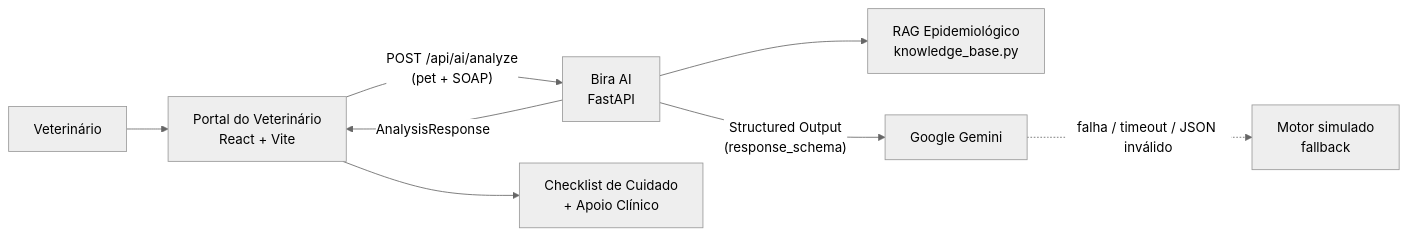
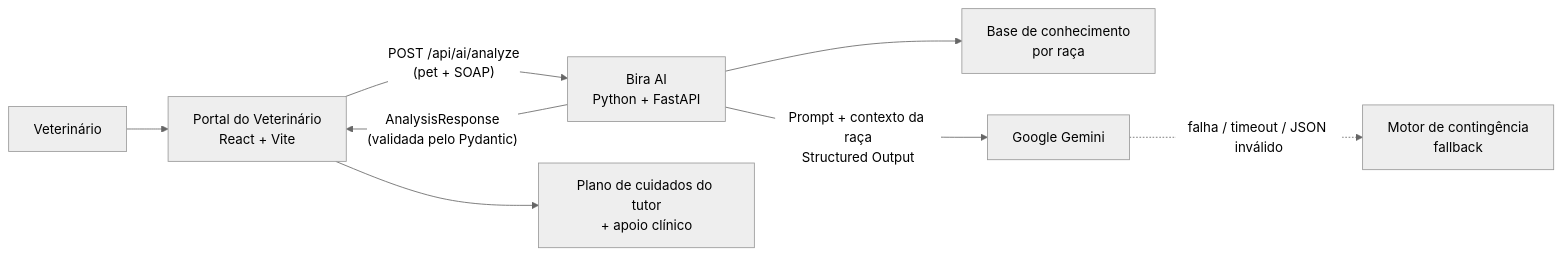
Before and after one commit to Challenge-2026-EloVet/bira-ai-api: the diagram in README.md, drawn with Mermaid (neutral theme). The commit also changed other lines of this file, not shown here.

````diff
--- a/README.md
+++ b/README.md
@@ -32,10 +40,10 @@
 ```mermaid
 flowchart LR
     V[Veterinário] --> P[Portal do Veterinário<br/>React + Vite]
-    P -- "POST /api/ai/analyze<br/>(pet + SOAP)" --> B[Bira AI<br/>FastAPI]
-    B --> R[RAG Epidemiológico<br/>knowledge_base.py]
-    B -- "Structured Output<br/>(response_schema)" --> G[Google Gemini]
-    G -. "falha / timeout / JSON inválido" .-> F[Motor simulado<br/>fallback]
-    B -- "AnalysisResponse" --> P
-    P --> T[Checklist de Cuidado<br/>+ Apoio Clínico]
+    P -- "POST /api/ai/analyze<br/>(pet + SOAP)" --> B[Bira AI<br/>Python + FastAPI]
+    B --> R[Base de conhecimento<br/>por raça]
+    B -- "Prompt + contexto da raça<br/>Structured Output" --> G[Google Gemini]
+    G -. "falha / timeout / JSON inválido" .-> F[Motor de contingência<br/>fallback]
+    B -- "AnalysisResponse<br/>(validada pelo Pydantic)" --> P
+    P --> T[Plano de cuidados do tutor<br/>+ apoio clínico]
 ```
````
